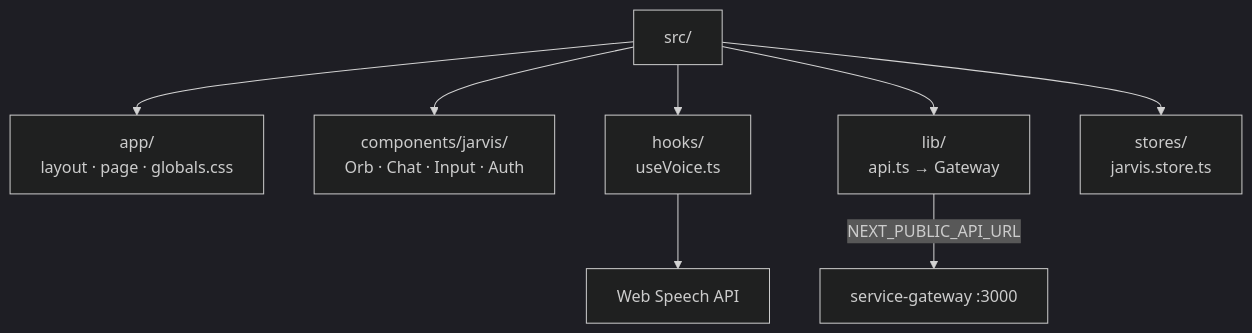
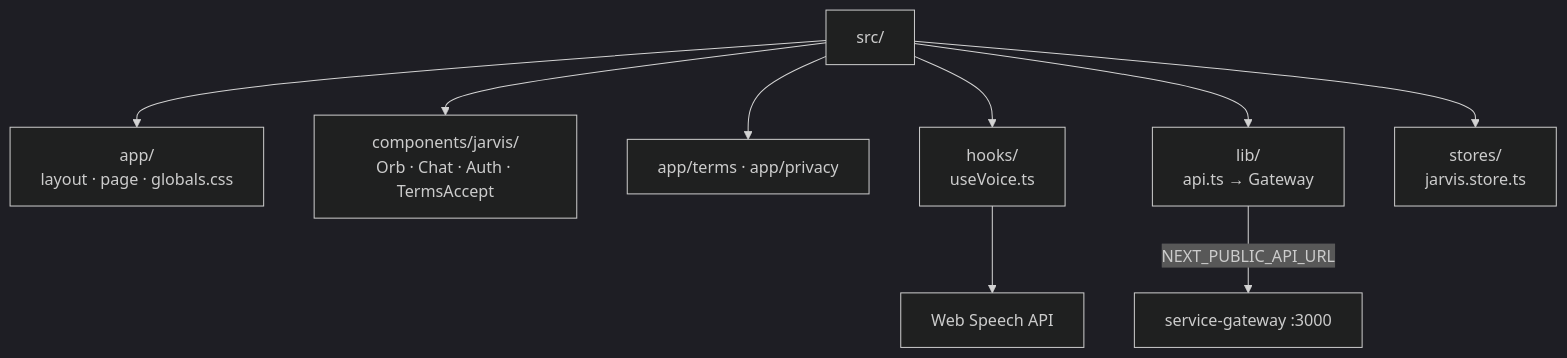
Before and after one commit to FranciscoStanley/MyJarvis: the diagram in .cursor/skills/nextjs-frontend/SKILL.md, drawn with Mermaid (dark theme). The commit also changed other lines of this file and 9 other files, not shown here.

````diff
--- a/.cursor/skills/nextjs-frontend/SKILL.md
+++ b/.cursor/skills/nextjs-frontend/SKILL.md
@@ -23,11 +23,12 @@
 ```mermaid
 flowchart TB
     SRC[src/] --> APP[app/<br/>layout · page · globals.css]
-    SRC --> COMP[components/jarvis/<br/>Orb · Chat · Input · Auth]
+    SRC --> COMP[components/jarvis/<br/>Orb · Chat · Auth · TermsAccept]
+    SRC --> PAGES[app/terms · app/privacy]
     SRC --> HOOKS[hooks/<br/>useVoice.ts]
     SRC --> LIB[lib/<br/>api.ts → Gateway]
     SRC --> STORES[stores/<br/>jarvis.store.ts]
 
     LIB -->|NEXT_PUBLIC_API_URL| GW[service-gateway :3000]
     HOOKS --> SPEECH[Web Speech API]
 ```
````
